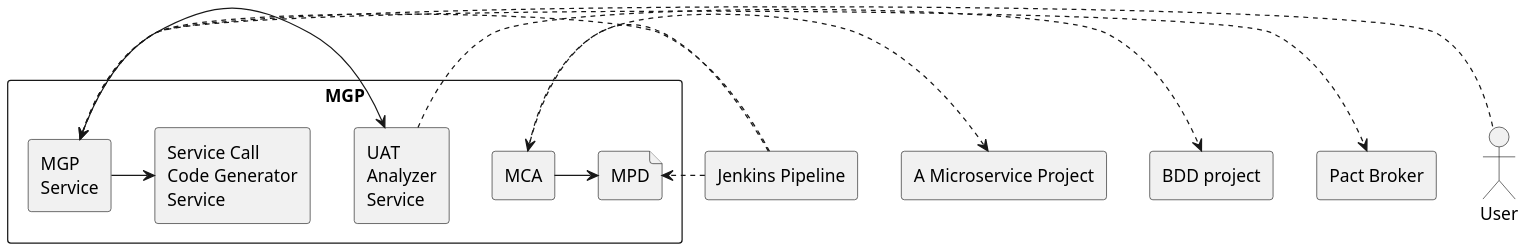
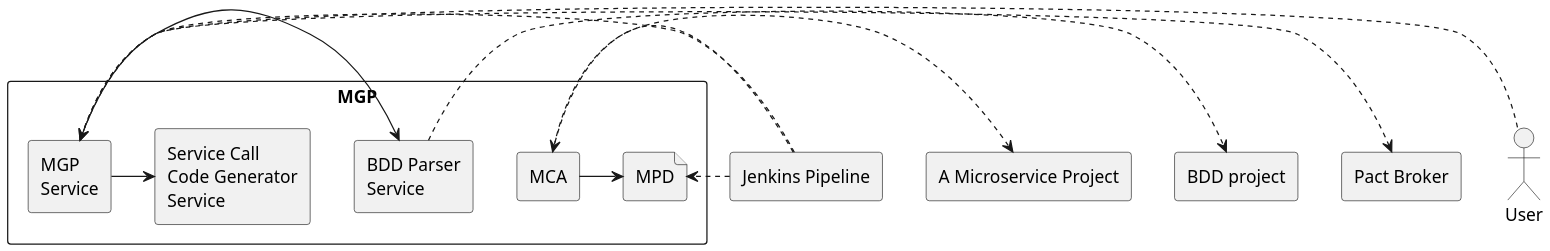
One commit to b4456609/mgp-back changed the diagram in diagram/system.puml. Above: the diagram before and after it, drawn with PlantUML. The commit also changed 4 other files, not shown here.

Commit message:
update diagram

```diff
--- a/diagram/system.puml
+++ b/diagram/system.puml
@@ -1,30 +1,30 @@
 @startuml
 scale 1.8
 rectangle "A Microservice Project" as mp
 rectangle "Jenkins Pipeline" as jp
 rectangle "BDD project" as bp
 rectangle "Pact Broker" as pb
 actor User as user
 
 rectangle "MGP" {
 	rectangle "MCA" as mca
 	rectangle "MGP\nService"as mgp
-	rectangle "UAT\nAnalyzer\nService" as uatp
+	rectangle "BDD Parser\nService" as uatp
 	rectangle "Service Call\nCode Generator\nService" as d
 
 	file "MPD" as mpd
 
 	mca -r-> mpd
 	mgp -> uatp
 	mgp -> d
 }
 
 jp.>mpd
 mca .> mp
 jp .> mca
 jp .> mgp
 uatp .> bp
 mgp .> pb
 user .> mgp
 
 @enduml
```
